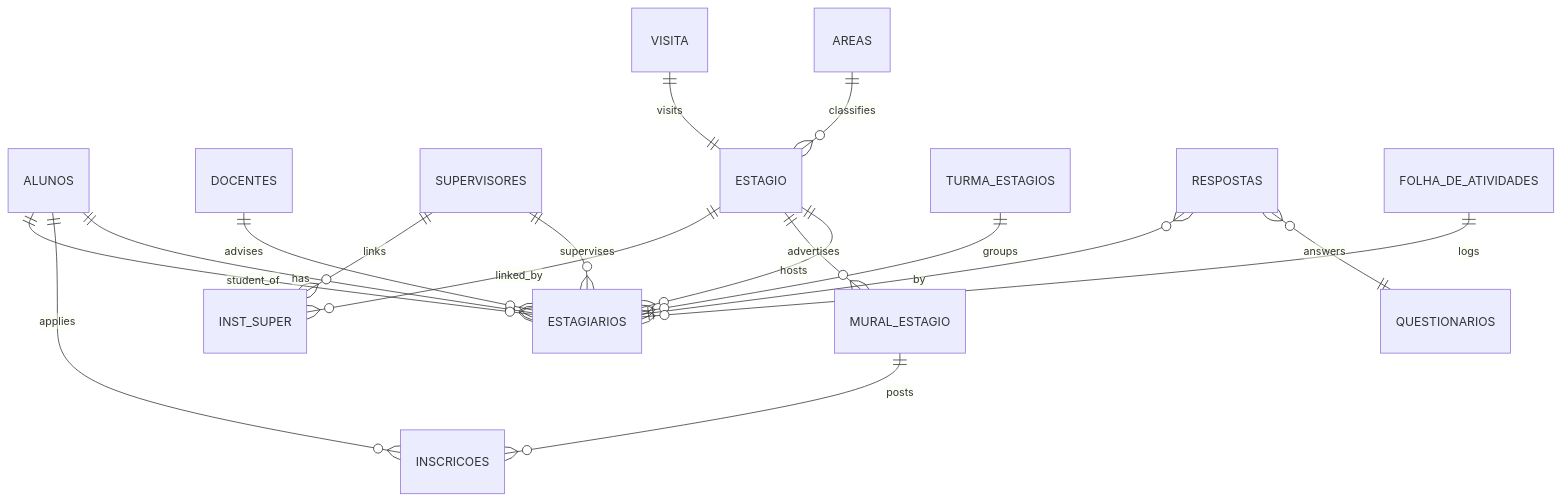
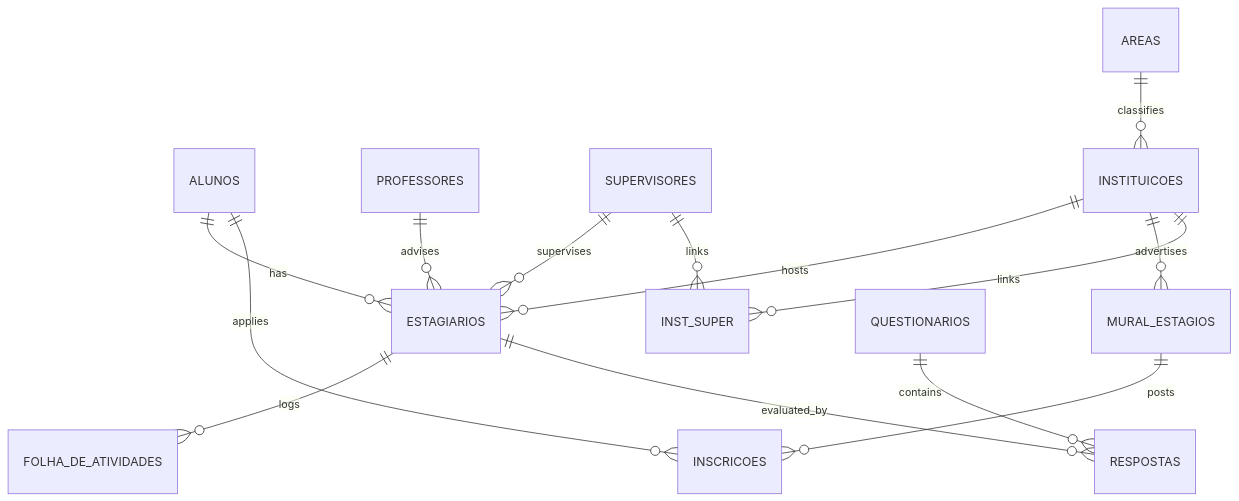
The third of 5 diagrams in .qoder/repowiki/en/content/Data Models & Database Design/Data Models & Database Design.md (luiseduacosta/nodemural), drawn with Mermaid before and after one commit. The commit also changed other lines of this file and 27 other files, not shown here.

````diff
--- a/.qoder/repowiki/en/content/Data Models & Database Design/Data Models & Database Design.md
+++ b/.qoder/repowiki/en/content/Data Models & Database Design/Data Models & Database Design.md
@@ -238,19 +250,16 @@
 ```mermaid
 erDiagram
 ALUNOS ||--o{ ESTAGIARIOS : "has"
 ALUNOS ||--o{ INSCRICOES : "applies"
-DOCENTES ||--o{ ESTAGIARIOS : "advises"
+PROFESSORES ||--o{ ESTAGIARIOS : "advises"
 SUPERVISORES ||--o{ ESTAGIARIOS : "supervises"
-ESTAGIO ||--o{ ESTAGIARIOS : "hosts"
-TURMA_ESTAGIOS ||--o{ ESTAGIARIOS : "groups"
-AREAS ||--o{ ESTAGIO : "classifies"
-MURAL_ESTAGIO ||--o{ INSCRICOES : "posts"
-ESTAGIO ||--o{ MURAL_ESTAGIO : "advertises"
+INSTITUICOES ||--o{ ESTAGIARIOS : "hosts"
+INSTITUICOES ||--o{ MURAL_ESTAGIOS : "advertises"
+AREAS ||--o{ INSTITUICOES : "classifies"
+MURAL_ESTAGIOS ||--o{ INSCRICOES : "posts"
+INSTITUICOES ||--o{ INST_SUPER : "links"
 SUPERVISORES ||--o{ INST_SUPER : "links"
-ESTAGIO ||--o{ INST_SUPER : "linked_by"
-RESPOSTAS }o--|| QUESTIONARIOS : "answers"
-RESPOSTAS }o--|| ESTAGIARIOS : "by"
-ALUNOS ||--o{ ESTAGIARIOS : "student_of"
-FOLHA_DE_ATIVIDADES ||--o{ ESTAGIARIOS : "logs"
-VISITA ||--|| ESTAGIO : "visits"
+ESTAGIARIOS ||--o{ FOLHA_DE_ATIVIDADES : "logs"
+ESTAGIARIOS ||--o{ RESPOSTAS : "evaluated_by"
+QUESTIONARIOS ||--o{ RESPOSTAS : "contains"
 ```
````
